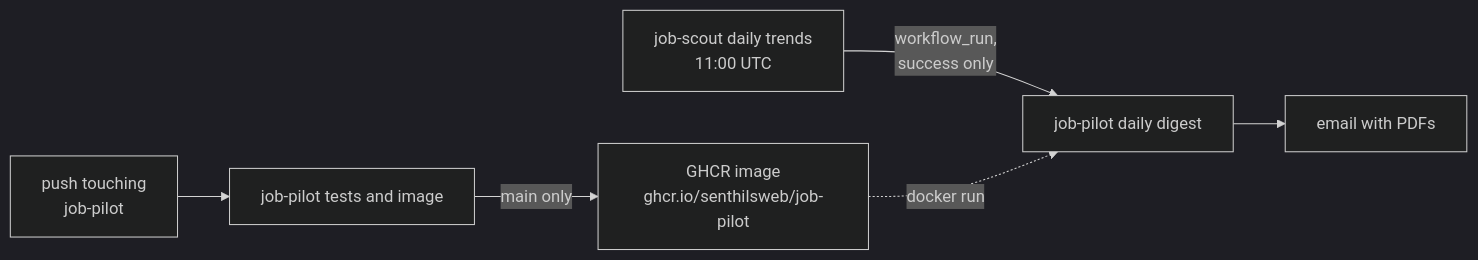
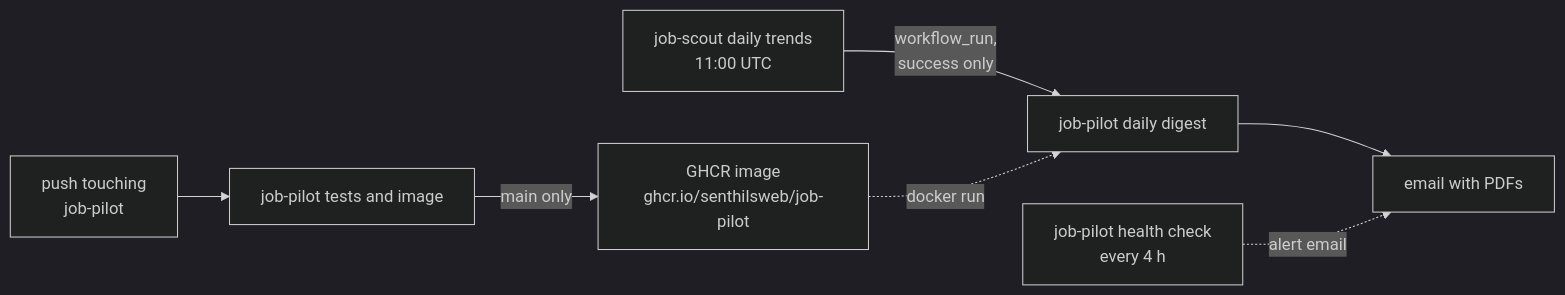
The diagram in job-pilot/docs/ci-cd.md (senthilsweb/job-agents), drawn with Mermaid (dark theme) before and after one commit. The commit also changed other lines of this file and 16 other files, not shown here.

First line of the commit message:
docs: README, architecture, deployment guide and Jev gate page

````diff
--- a/job-pilot/docs/ci-cd.md
+++ b/job-pilot/docs/ci-cd.md
@@ -6,8 +6,9 @@
 ```mermaid
 flowchart LR
     T[job-scout daily trends<br/>11:00 UTC] -->|workflow_run,<br/>success only| D[job-pilot daily digest]
     D --> E[email with PDFs]
     P[push touching<br/>job-pilot] --> Q[job-pilot tests and image]
     Q -->|main only| G[GHCR image<br/>ghcr.io/senthilsweb/job-pilot]
     G -.->|docker run| D
+    H[job-pilot health check<br/>every 4 h] -.->|alert email| E
 ```
````
